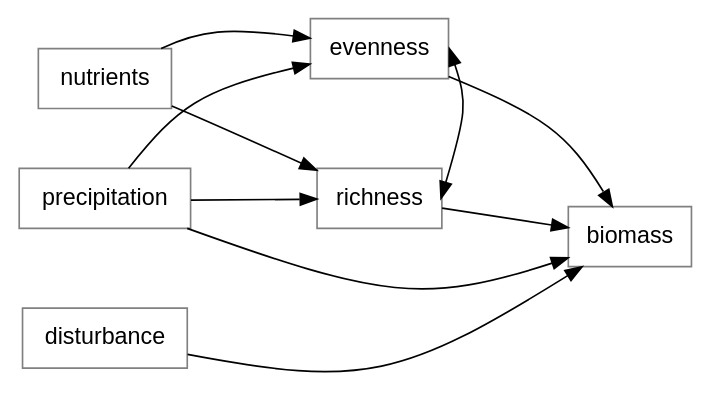
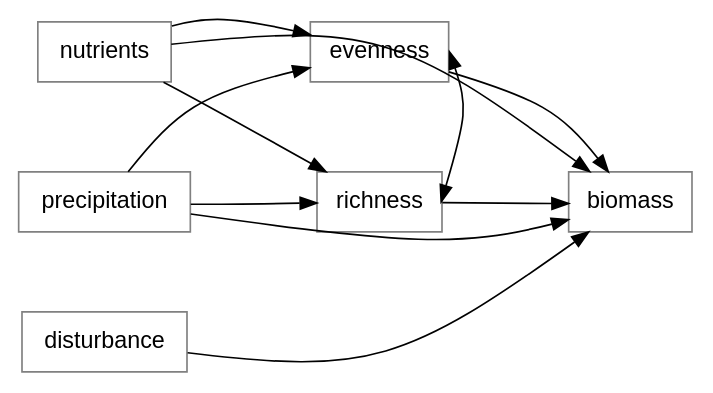
Diagram 22 of 25 in 5_Slides/Intro_to_SEM_part1.qmd (pennekampster/Swiss_SEM), drawn with Graphviz before and after one commit. The commit also changed other lines of this file and 7 other files, not shown here.

````diff
--- a/5_Slides/Intro_to_SEM_part1.qmd
+++ b/5_Slides/Intro_to_SEM_part1.qmd
@@ -1317,32 +1318,33 @@
 ```{dot}
 //| fig-width: 6
 digraph  {
 
    # a 'graph' statement
   graph [overlap = false, fontsize = 10, rankdir = LR, ranksep=1, splines=curved]
 
   # several 'node' statements
   node [shape = box,
         fontname = Helvetica, color="gray"]
   
         evenness, richness;
         nutrients;
         disturbance;
         precipitation;
 
     nutrients->richness;
     nutrients->evenness;
+     nutrients -> biomass;
     precipitation->richness;
     precipitation->evenness;
     disturbance -> biomass;
     precipitation -> biomass;
 
     evenness:e-> richness:e [dir=both; minlen=3] ;
 
     evenness->biomass ;
     richness->biomass ;
   
  { rank="same"; nutrients; disturbance}
  { rank="same"; evenness; richness}
 }
 ```
````
